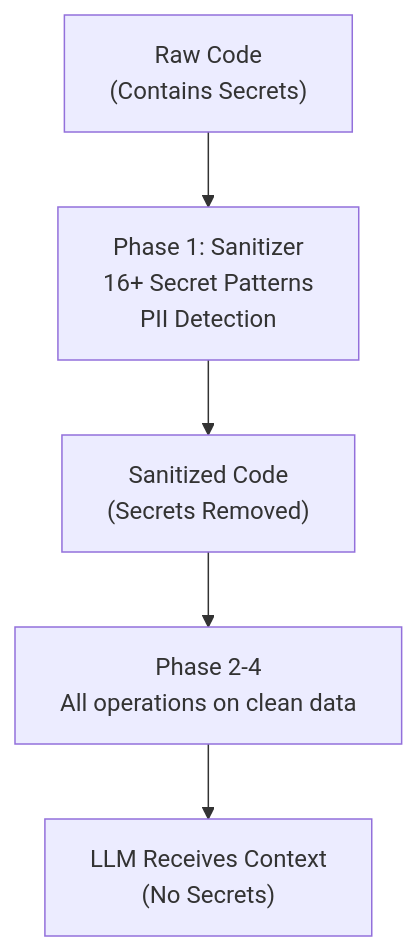
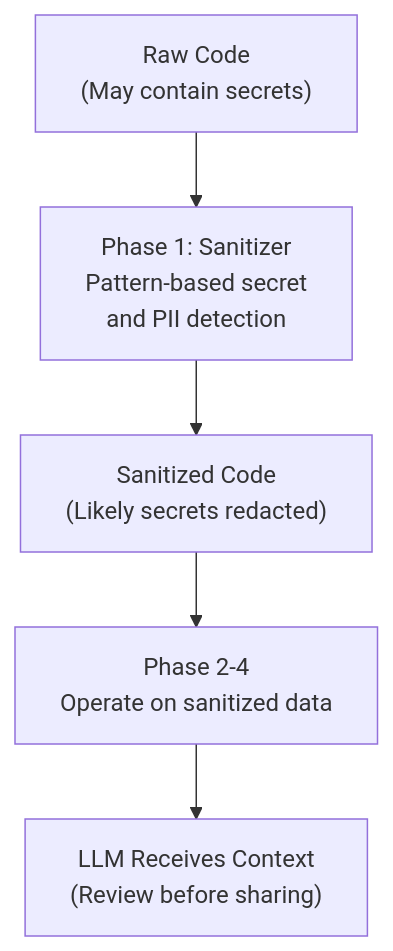
One commit to dev-rb-hub/maximinion-ce changed diagram 14 of 16 in ARCHITECTURE.md. Above: the diagram before and after it, drawn with Mermaid. The commit also changed other lines of this file and 29 other files, not shown here.

````diff
--- a/ARCHITECTURE.md
+++ b/ARCHITECTURE.md
@@ -730,11 +732,11 @@
 ```mermaid
 graph TB
-    A["Raw Code<br/>(Contains Secrets)"]
-    B["Phase 1: Sanitizer<br/>16+ Secret Patterns<br/>PII Detection"]
-    C["Sanitized Code<br/>(Secrets Removed)"]
-    D["Phase 2-4<br/>All operations on clean data"]
-    E["LLM Receives Context<br/>(No Secrets)"]
+    A["Raw Code<br/>(May contain secrets)"]
+    B["Phase 1: Sanitizer<br/>Pattern-based secret<br/>and PII detection"]
+    C["Sanitized Code<br/>(Likely secrets redacted)"]
+    D["Phase 2-4<br/>Operate on sanitized data"]
+    E["LLM Receives Context<br/>(Review before sharing)"]
     
     A --> B --> C
     C --> D --> E
 ```
````
